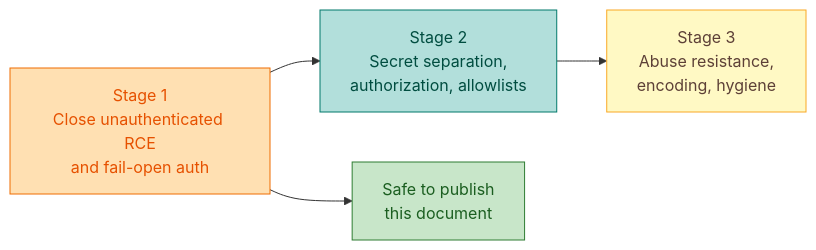
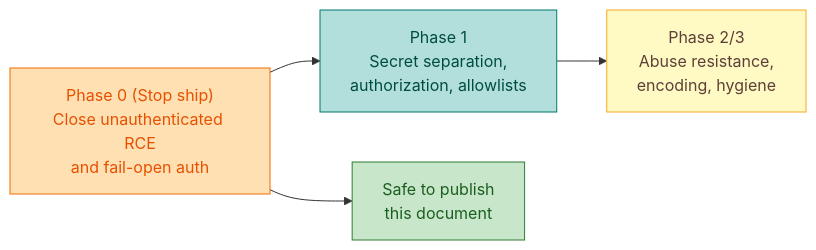
Before and after one commit to rocq-prover/bot: diagram 11 of 11 in docs/security.md, drawn with Mermaid. The commit also changed other lines of this file and 1 other file, not shown here.

````diff
--- a/docs/security.md
+++ b/docs/security.md
@@ -1473,20 +1375,20 @@
 ```mermaid
 flowchart LR
-  S1["Stage 1<br/>Close unauthenticated RCE<br/>and fail-open auth"]
-  S2["Stage 2<br/>Secret separation,<br/>authorization, allowlists"]
-  S3["Stage 3<br/>Abuse resistance,<br/>encoding, hygiene"]
+  S1["Phase 0 (Stop ship)<br/>Close unauthenticated RCE<br/>and fail-open auth"]
+  S2["Phase 1<br/>Secret separation,<br/>authorization, allowlists"]
+  S3["Phase 2/3<br/>Abuse resistance,<br/>encoding, hygiene"]
   PUB["Safe to publish<br/>this document"]
 
   S1 --> PUB
   S1 --> S2 --> S3
 
   classDef domain fill:#c8e6c9,stroke:#2e7d32,color:#1b5e20
   classDef transport fill:#ffe0b2,stroke:#ef6c00,color:#e65100
   classDef wiring fill:#b2dfdb,stroke:#00796b,color:#004d40
   classDef question fill:#fff9c4,stroke:#f9a825,color:#5d4037
 
   class S1 transport
   class S2 wiring
   class S3 question
   class PUB domain
 ```
````
